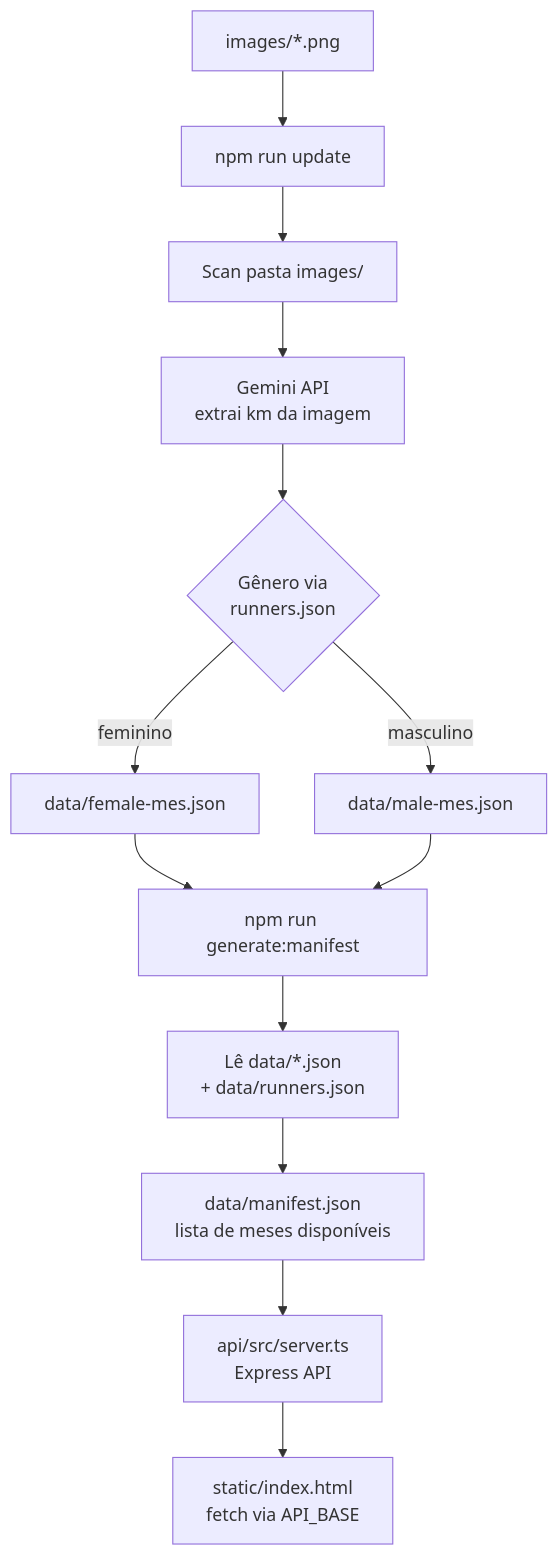
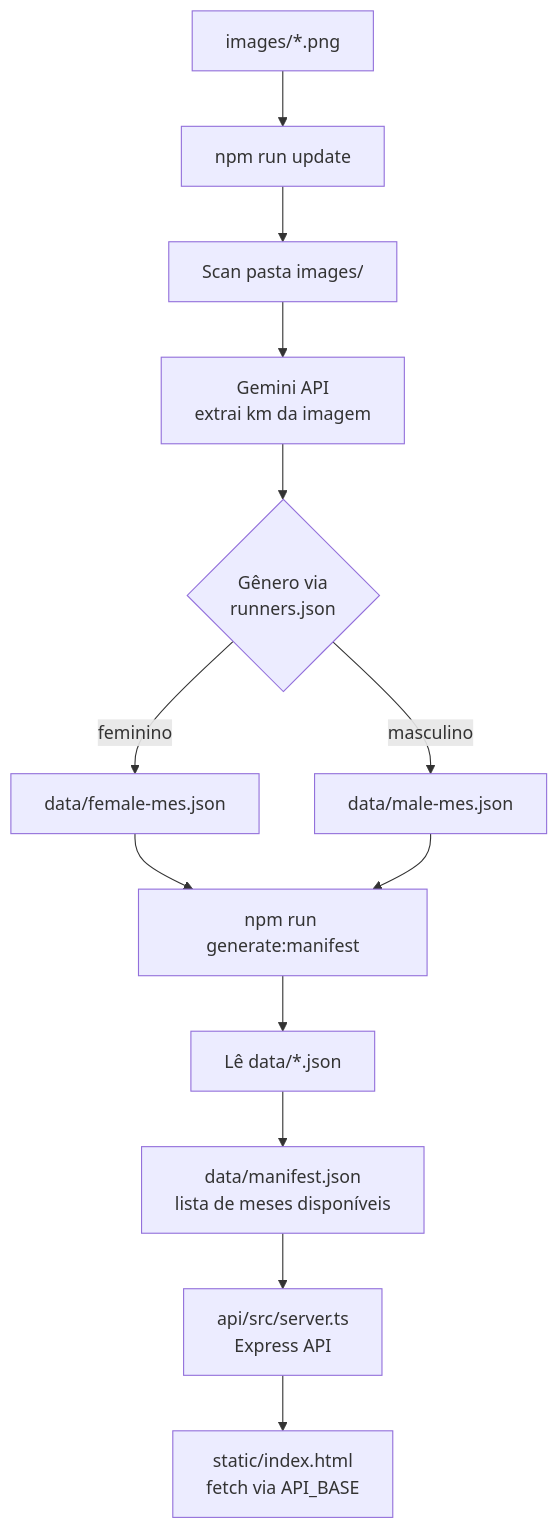
The diagram in README.md (tcelestino/rt-ranking-endurance), drawn with Mermaid before and after one commit.

Commit message:
docs: atualização fluxograma

````diff
--- a/README.md
+++ b/README.md
@@ -9,17 +9,17 @@
 ```mermaid
 flowchart TD
     A[images/*.png] --> B[npm run update]
     B --> C[Scan pasta images/]
     C --> D[Gemini API\nextrai km da imagem]
     D --> E{Gênero via\nrunners.json}
     E -->|feminino| F[data/female-mes.json]
     E -->|masculino| G[data/male-mes.json]
 
     F --> H[npm run generate:manifest]
     G --> H
-    H --> I[Lê data/*.json\n+ data/runners.json]
+    H --> I[Lê data/*.json]
     I --> K[data/manifest.json\nlista de meses disponíveis]
 
     K --> L[api/src/server.ts\nExpress API]
     L --> M[static/index.html\nfetch via API_BASE]
 ```
````
